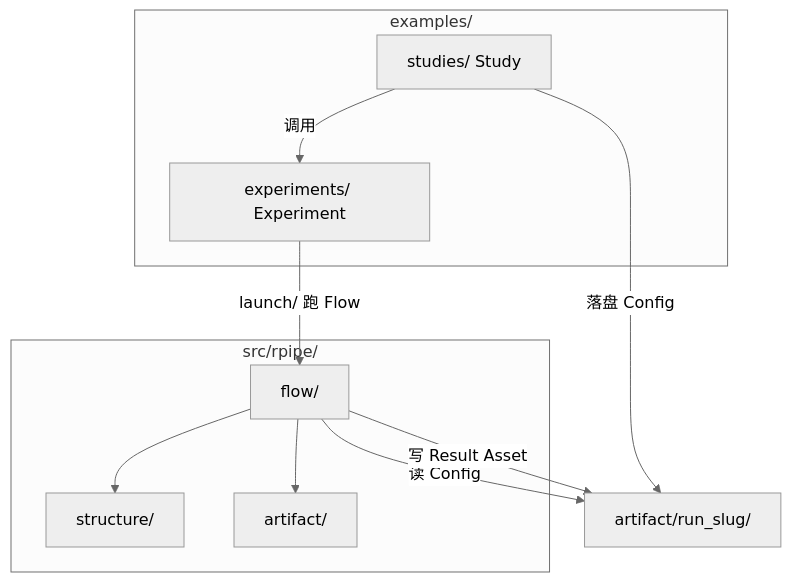
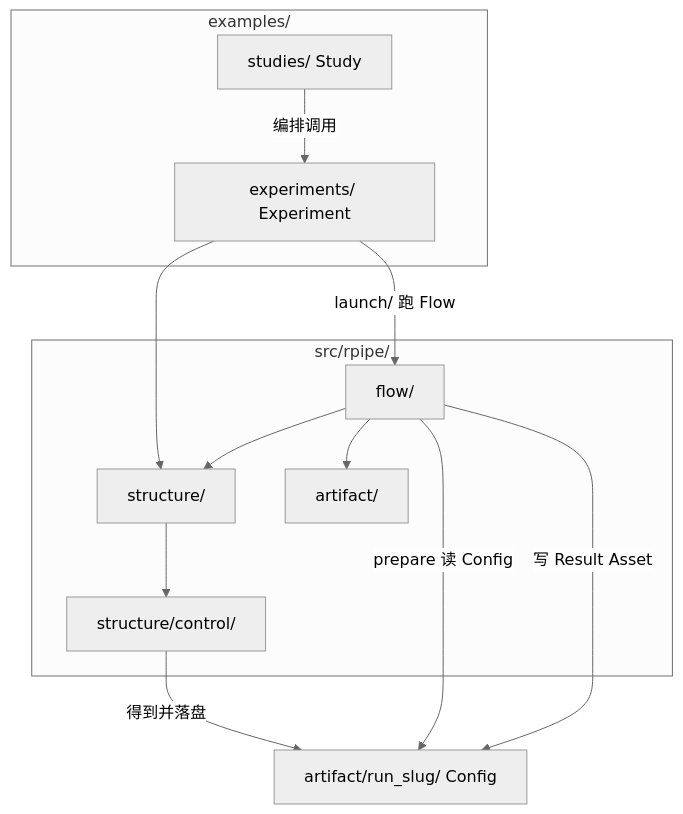
The diagram in docs/LAYOUT.md (diaoenmao/RPipe), drawn with Mermaid (neutral theme) before and after one commit. The commit also changed other lines of this file and 6 other files, not shown here.

First line of the commit message:
Document testing norms and split code structure into Structure/Flow/Artifact.

````diff
--- a/docs/LAYOUT.md
+++ b/docs/LAYOUT.md
@@ -34,19 +37,22 @@
 ```mermaid
 flowchart TB
   subgraph examples [examples/]
   studies[studies/ Study]
   exps[experiments/ Experiment]
   end
   subgraph lib [src/rpipe/]
   structure[structure/]
+  control[structure/control/]
   flow[flow/]
   artifact_io[artifact/]
   end
-  studies -->|落盘 Config| artifact_tree[artifact/run_slug/]
-  studies -->|调用| exps
+  studies -->|编排调用| exps
+  exps --> structure
+  structure --> control
+  control -->|得到并落盘| artifact_tree[artifact/run_slug/ Config]
   exps -->|launch/ 跑 Flow| flow
-  flow -->|读 Config| artifact_tree
+  flow -->|prepare 读 Config| artifact_tree
   flow -->|写 Result Asset| artifact_tree
   flow --> structure
   flow --> artifact_io
 ```
````
